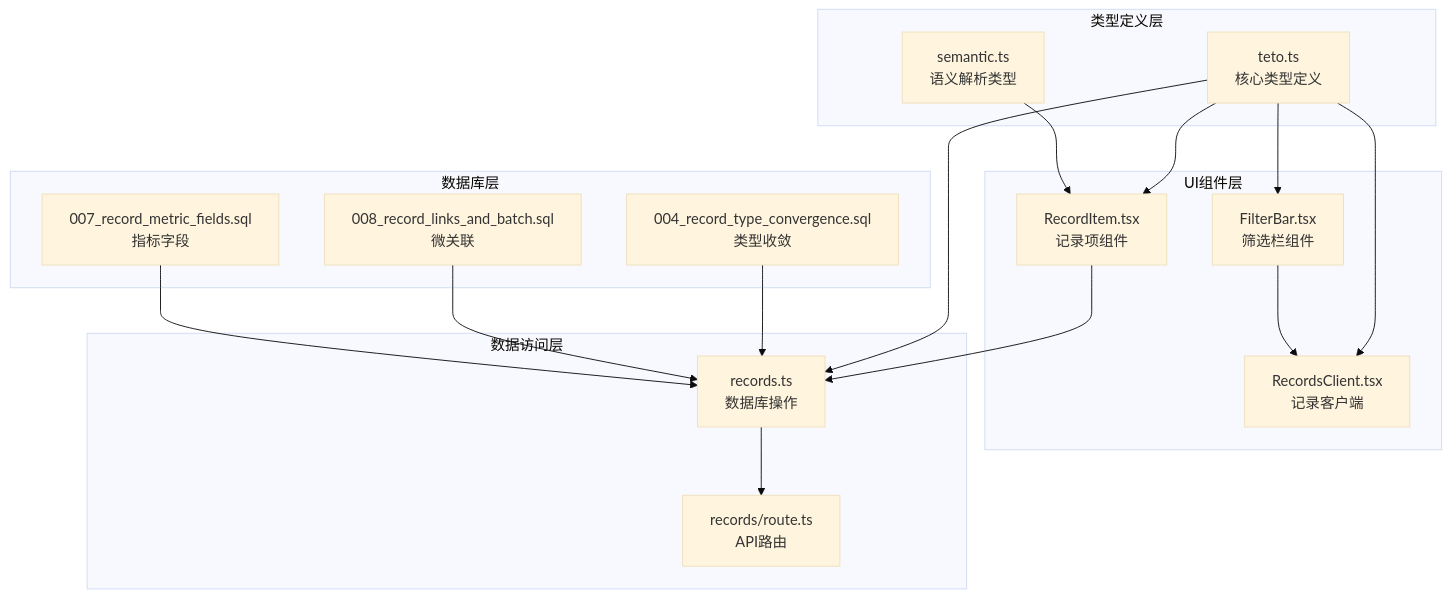
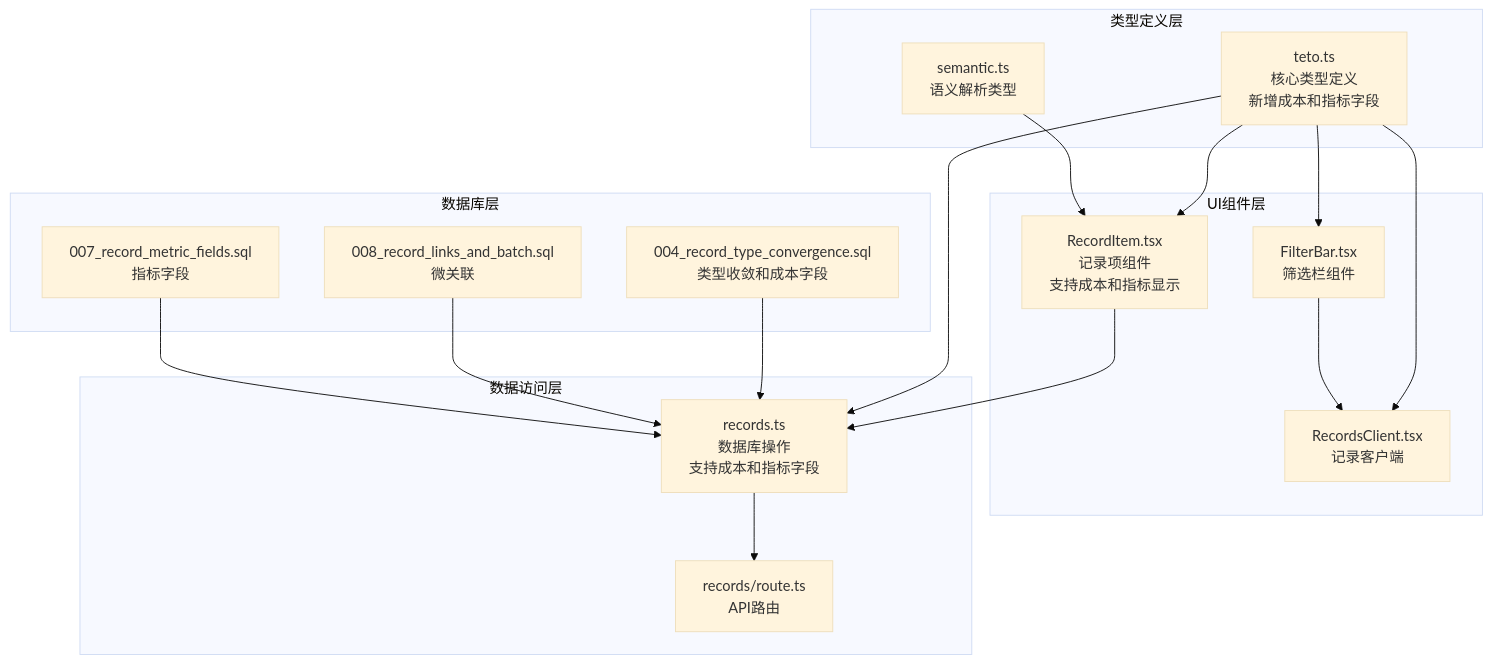
One commit to bbong1234/TETO changed the first of 8 diagrams in .qoder/repowiki/zh/content/核心功能模块/记录管理系统/记录类型系统.md. Above: the diagram before and after it, drawn with Mermaid (base theme). The commit also changed other lines of this file and 26 other files, not shown here.

````diff
--- a/.qoder/repowiki/zh/content/核心功能模块/记录管理系统/记录类型系统.md
+++ b/.qoder/repowiki/zh/content/核心功能模块/记录管理系统/记录类型系统.md
@@ -41,32 +51,32 @@
 ```mermaid
 graph TB
 subgraph "类型定义层"
-A[teto.ts<br/>核心类型定义]
+A[teto.ts<br/>核心类型定义<br/>新增成本和指标字段]
 B[semantic.ts<br/>语义解析类型]
 end
 subgraph "UI组件层"
-C[RecordItem.tsx<br/>记录项组件]
+C[RecordItem.tsx<br/>记录项组件<br/>支持成本和指标显示]
 D[FilterBar.tsx<br/>筛选栏组件]
 E[RecordsClient.tsx<br/>记录客户端]
 end
 subgraph "数据访问层"
-F[records.ts<br/>数据库操作]
+F[records.ts<br/>数据库操作<br/>支持成本和指标字段]
 G[records/route.ts<br/>API路由]
 end
 subgraph "数据库层"
-H[004_record_type_convergence.sql<br/>类型收敛]
+H[004_record_type_convergence.sql<br/>类型收敛和成本字段]
 I[008_record_links_and_batch.sql<br/>微关联]
 J[007_record_metric_fields.sql<br/>指标字段]
 end
 A --> C
 A --> D
 A --> E
 A --> F
 B --> C
 C --> F
 D --> E
 F --> G
 H --> F
 I --> F
 J --> F
 ```
````
